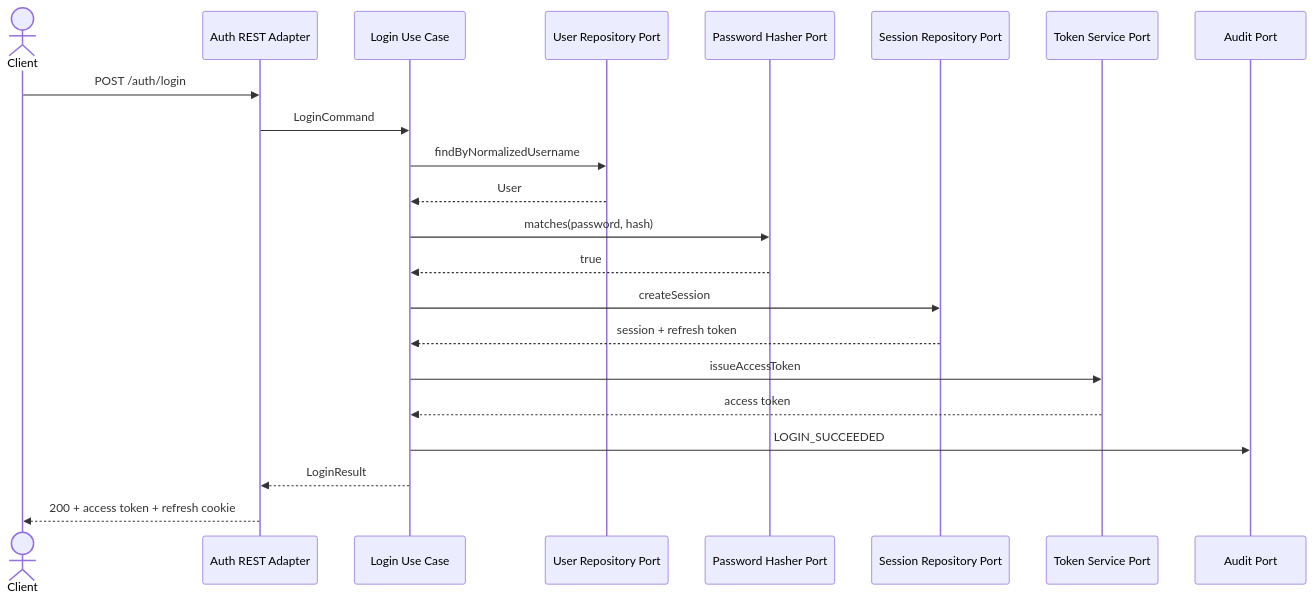
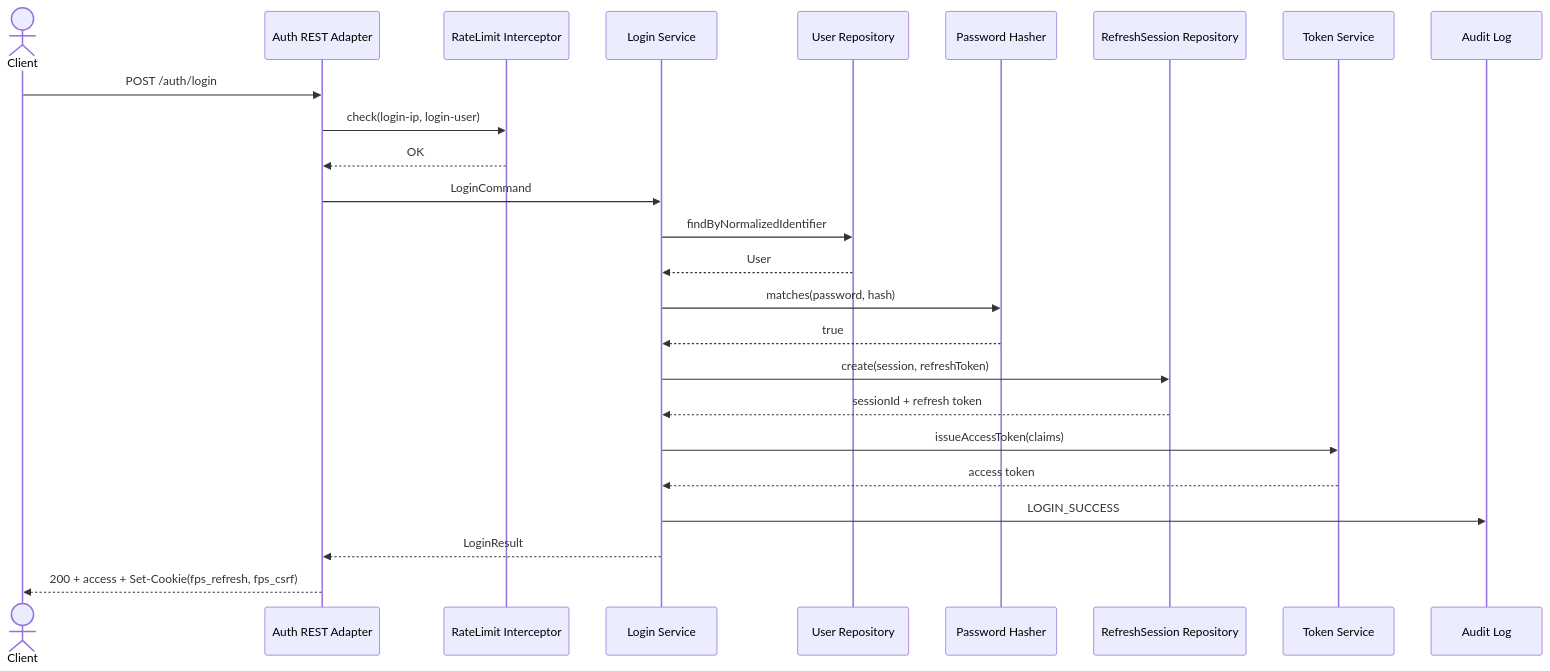
One commit to vandunxg/file_processing changed the fourth of 6 diagrams in docs/specs/auth-module-requirements.md. Above: the diagram before and after it, drawn with Mermaid. The commit also changed other lines of this file and 8 other files, not shown here.

````diff
--- a/docs/specs/auth-module-requirements.md
+++ b/docs/specs/auth-module-requirements.md
@@ -2196,25 +2888,27 @@
 ```mermaid
 sequenceDiagram
     actor Client
     participant API as Auth REST Adapter
-    participant Login as Login Use Case
-    participant Users as User Repository Port
-    participant Hash as Password Hasher Port
-    participant Sessions as Session Repository Port
-    participant JWT as Token Service Port
-    participant Audit as Audit Port
-
+    participant Throttle as RateLimit Interceptor
+    participant Login as Login Service
+    participant Users as User Repository
+    participant Hash as Password Hasher
+    participant Sessions as RefreshSession Repository
+    participant JWT as Token Service
+    participant Audit as Audit Log
     Client->>API: POST /auth/login
+    API->>Throttle: check(login-ip, login-user)
+    Throttle-->>API: OK
     API->>Login: LoginCommand
-    Login->>Users: findByNormalizedUsername
+    Login->>Users: findByNormalizedIdentifier
     Users-->>Login: User
     Login->>Hash: matches(password, hash)
     Hash-->>Login: true
-    Login->>Sessions: createSession
-    Sessions-->>Login: session + refresh token
-    Login->>JWT: issueAccessToken
+    Login->>Sessions: create(session, refreshToken)
+    Sessions-->>Login: sessionId + refresh token
+    Login->>JWT: issueAccessToken(claims)
     JWT-->>Login: access token
-    Login->>Audit: LOGIN_SUCCEEDED
+    Login->>Audit: LOGIN_SUCCESS
     Login-->>API: LoginResult
-    API-->>Client: 200 + access token + refresh cookie
+    API-->>Client: 200 + access + Set-Cookie(fps_refresh, fps_csrf)
 ```
````
